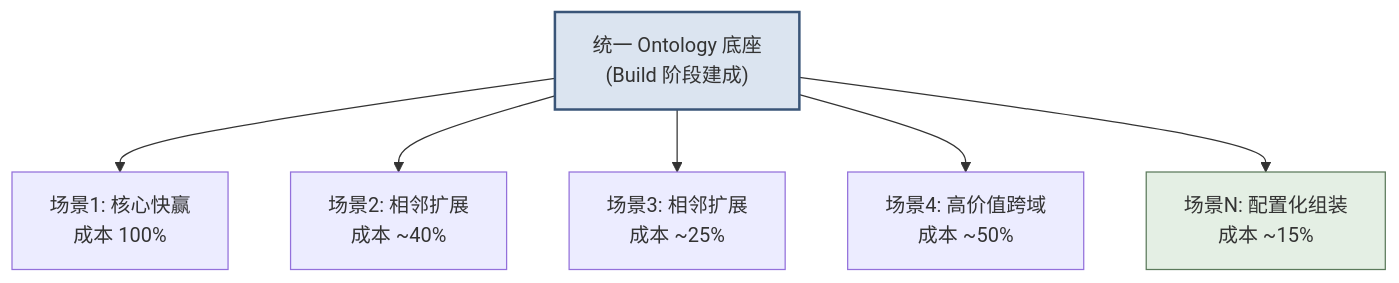
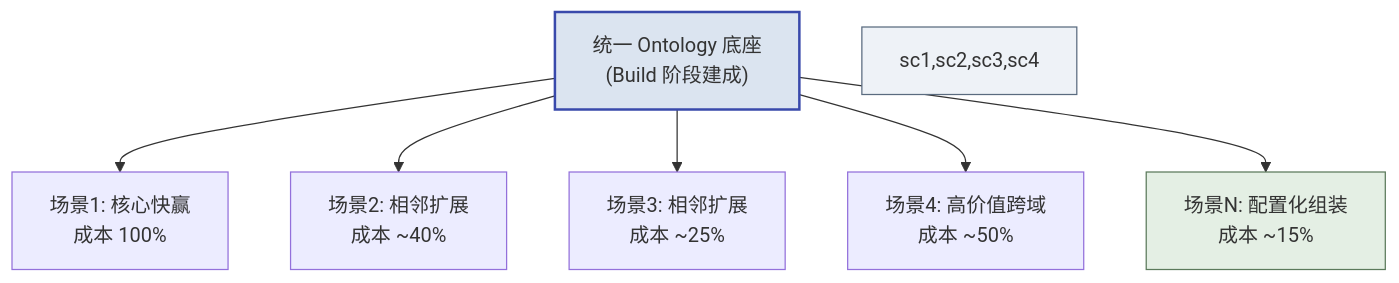
The diagram in textbook/第08章_Phase4_Scale.md (cloudzun/fde-course), drawn with Mermaid before and after one commit. The commit also changed 12 other files, not shown here.

Commit message:
style: 全库21张mermaid图规范化——节点ID语义化+品牌色统一+补齐图注，第11章新增反馈环路图

````diff
--- a/textbook/第08章_Phase4_Scale.md
+++ b/textbook/第08章_Phase4_Scale.md
@@ -28,12 +28,13 @@
 ```mermaid
 graph TD
-    O["统一 Ontology 底座<br/>(Build 阶段建成)"]
-    O --> S1["场景1: 核心快赢<br/>成本 100%"]
-    O --> S2["场景2: 相邻扩展<br/>成本 ~40%"]
-    O --> S3["场景3: 相邻扩展<br/>成本 ~25%"]
-    O --> S4["场景4: 高价值跨域<br/>成本 ~50%"]
-    O --> S5["场景N: 配置化组装<br/>成本 ~15%"]
+    onto["统一 Ontology 底座<br/>(Build 阶段建成)"]
+    onto --> sc1["场景1: 核心快赢<br/>成本 100%"]
+    onto --> sc2["场景2: 相邻扩展<br/>成本 ~40%"]
+    onto --> sc3["场景3: 相邻扩展<br/>成本 ~25%"]
+    onto --> sc4["场景4: 高价值跨域<br/>成本 ~50%"]
+    onto --> sc5["场景N: 配置化组装<br/>成本 ~15%"]
 
-    style O fill:#dbe4f0,stroke:#3a5578,stroke-width:2px
-    style S5 fill:#e4efe4,stroke:#5b7a5b
+    style onto fill:#dbe4f0,stroke:#3949ab,stroke-width:2px
+    style sc1,sc2,sc3,sc4 fill:#eef2f7,stroke:#5a6b7f
+    style sc5 fill:#e4efe4,stroke:#5b7a5b
 ```
````
